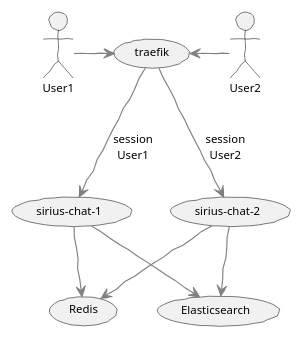
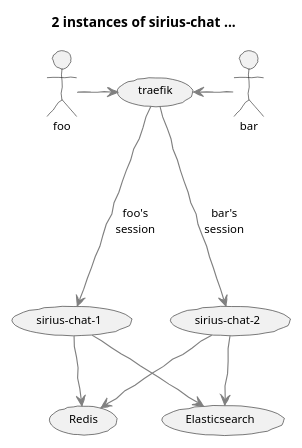
The diagram in diagrams/side-challenge-1a.puml (scireum/sirius-chat-sample), drawn with PlantUML before and after one commit. The commit also changed 2 other files, not shown here.

Commit message:
New diagrams for side-challenge-1

```diff
--- a/diagrams/side-challenge-1a.puml
+++ b/diagrams/side-challenge-1a.puml
@@ -1,16 +1,19 @@
 @startuml
 skinparam handwritten true
 skinparam monochrome true
 skinparam ArrowColor gray
 skinparam DefaultFontSize 10
+skinparam TitleFontSize 12
 
-User1 -> (traefik)
-User2 -left-> (traefik)
-(traefik) --> (sirius-chat-1): session\nUser1
-(traefik) --> (sirius-chat-2): session\nUser2
+title 2 instances of sirius-chat ...
+
+foo -> (traefik)
+bar -left-> (traefik)
+(traefik) ---> (sirius-chat-1): foo's\nsession
+(traefik) ---> (sirius-chat-2): bar's\nsession
 (sirius-chat-1) --> (Redis)
 (sirius-chat-1) --> (Elasticsearch)
 (sirius-chat-2) --> (Redis)
 (sirius-chat-2) --> (Elasticsearch)
 
 @enduml
```
